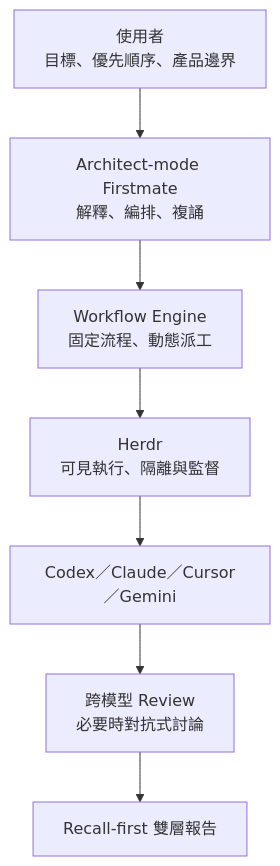
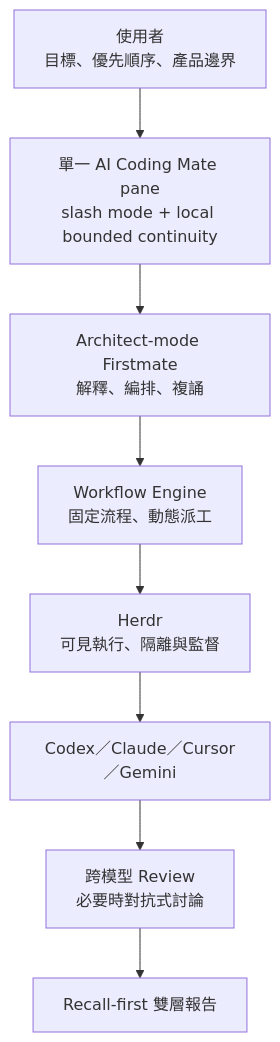
One commit to lunhsiangyuan/aicoding-mate changed the diagram in README.md. Above: the diagram before and after it, drawn with Mermaid. The commit also changed other lines of this file and 13 other files, not shown here.

First line of the commit message:
feat: unify AI Coding Mate Herdr entrypoint

````diff
--- a/README.md
+++ b/README.md
@@ -20,9 +20,10 @@
 ```mermaid
 flowchart TD
-    U["使用者<br/>目標、優先順序、產品邊界"] --> A["Architect-mode Firstmate<br/>解釋、編排、複誦"]
+    U["使用者<br/>目標、優先順序、產品邊界"] --> P["單一 AI Coding Mate pane<br/>slash mode + local bounded continuity"]
+    P --> A["Architect-mode Firstmate<br/>解釋、編排、複誦"]
     A --> W["Workflow Engine<br/>固定流程、動態派工"]
     W --> H["Herdr<br/>可見執行、隔離與監督"]
     H --> M["Codex／Claude／Cursor／Gemini"]
     M --> R["跨模型 Review<br/>必要時對抗式討論"]
     R --> O["Recall-first 雙層報告"]
 ```
````
